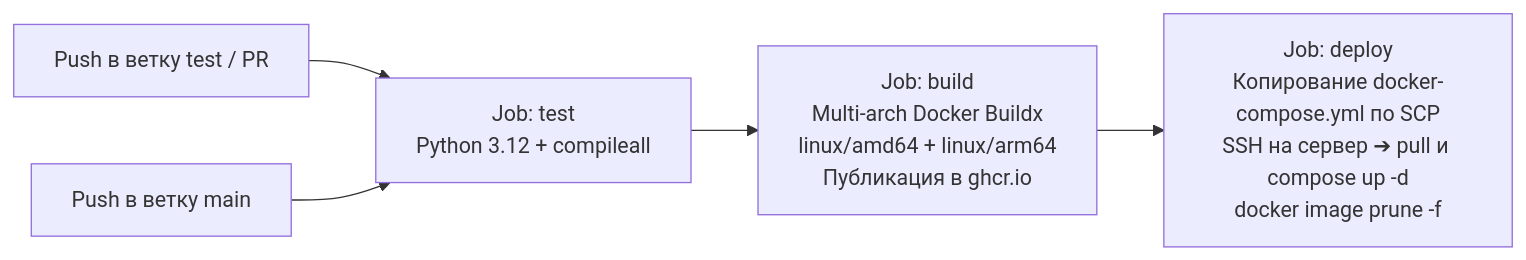
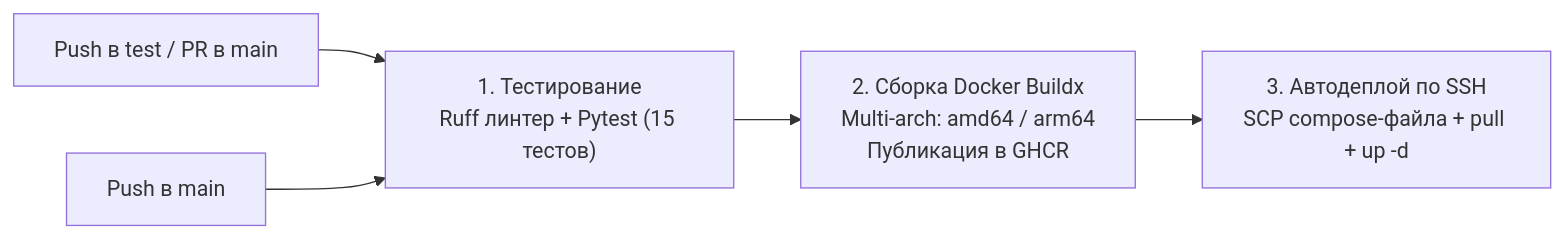
Before and after one commit to welcomeforalone/shrt-tt-reels: the second of 2 diagrams in README.ru.md, drawn with Mermaid. The commit also changed other lines of this file and 20 other files, not shown here.

````diff
--- a/README.ru.md
+++ b/README.ru.md
@@ -221,7 +215,7 @@
 ```mermaid
 flowchart LR
-    PushTest["Push в ветку test / PR"] --> TestJob["Job: test<br/>Python 3.12 + compileall"]
-    PushMain["Push в ветку main"] --> TestJob
-    TestJob --> BuildJob["Job: build<br/>Multi-arch Docker Buildx<br/>linux/amd64 + linux/arm64<br/>Публикация в ghcr.io"]
-    BuildJob --> DeployJob["Job: deploy<br/>Копирование docker-compose.yml по SCP<br/>SSH на сервер ➔ pull и compose up -d<br/>docker image prune -f"]
+    PushPR["Push в test / PR в main"] --> TestJob["1. Тестирование<br/>Ruff линтер + Pytest (15 тестов)"]
+    PushMain["Push в main"] --> TestJob
+    TestJob --> BuildJob["2. Сборка Docker Buildx<br/>Multi-arch: amd64 / arm64<br/>Публикация в GHCR"]
+    BuildJob --> DeployJob["3. Автодеплой по SSH<br/>SCP compose-файла + pull + up -d"]
 ```
````
